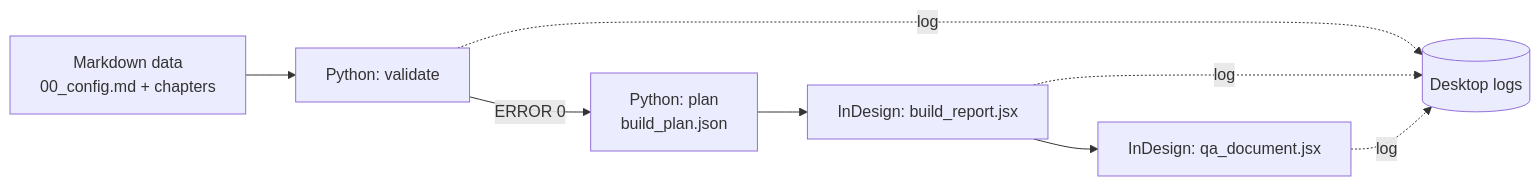
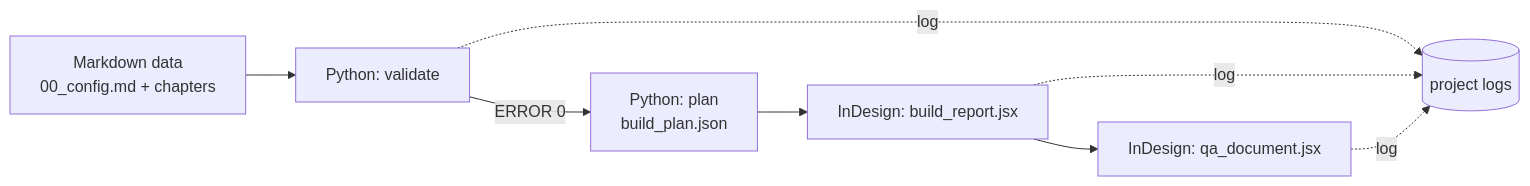
One commit to trahmadd/arsr-skills changed the diagram in README.md. Above: the diagram before and after it, drawn with Mermaid. The commit also changed other lines of this file and 36 other files, not shown here.

````diff
--- a/README.md
+++ b/README.md
@@ -10,10 +10,10 @@
 ```mermaid
 flowchart LR
     A[Markdown data<br/>00_config.md + chapters] --> B[Python: validate]
     B -->|ERROR 0| C[Python: plan<br/>build_plan.json]
     C --> D[InDesign: build_report.jsx]
     D --> E[InDesign: qa_document.jsx]
-    B -.log.-> L[(Desktop logs)]
+    B -.log.-> L[(project logs)]
     D -.log.-> L
     E -.log.-> L
 ```
````
